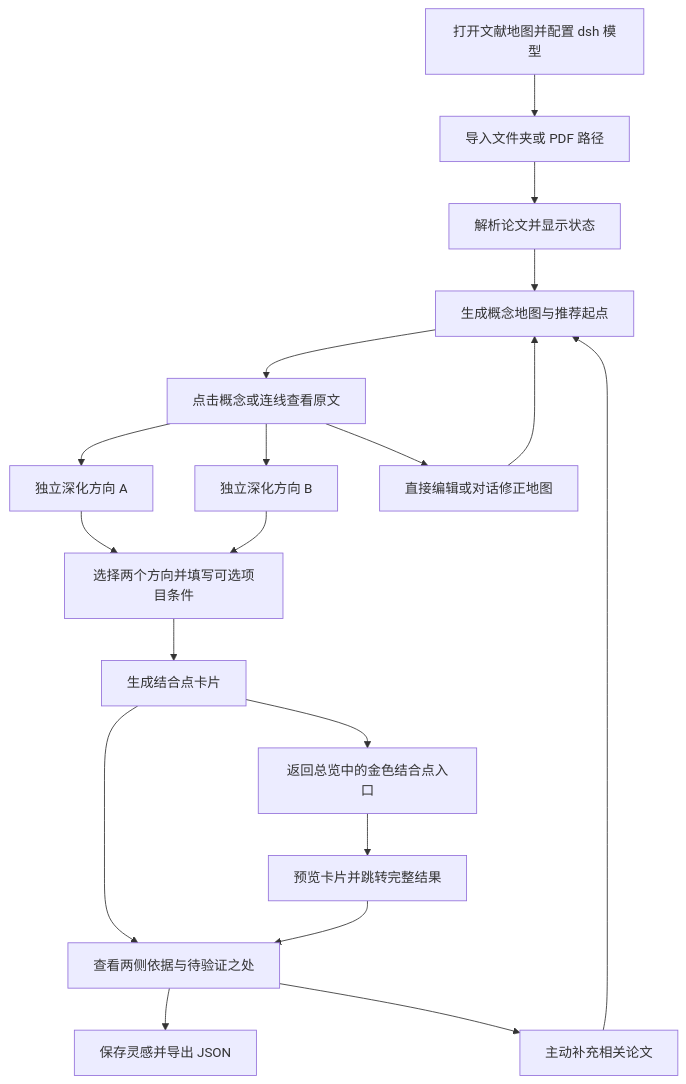
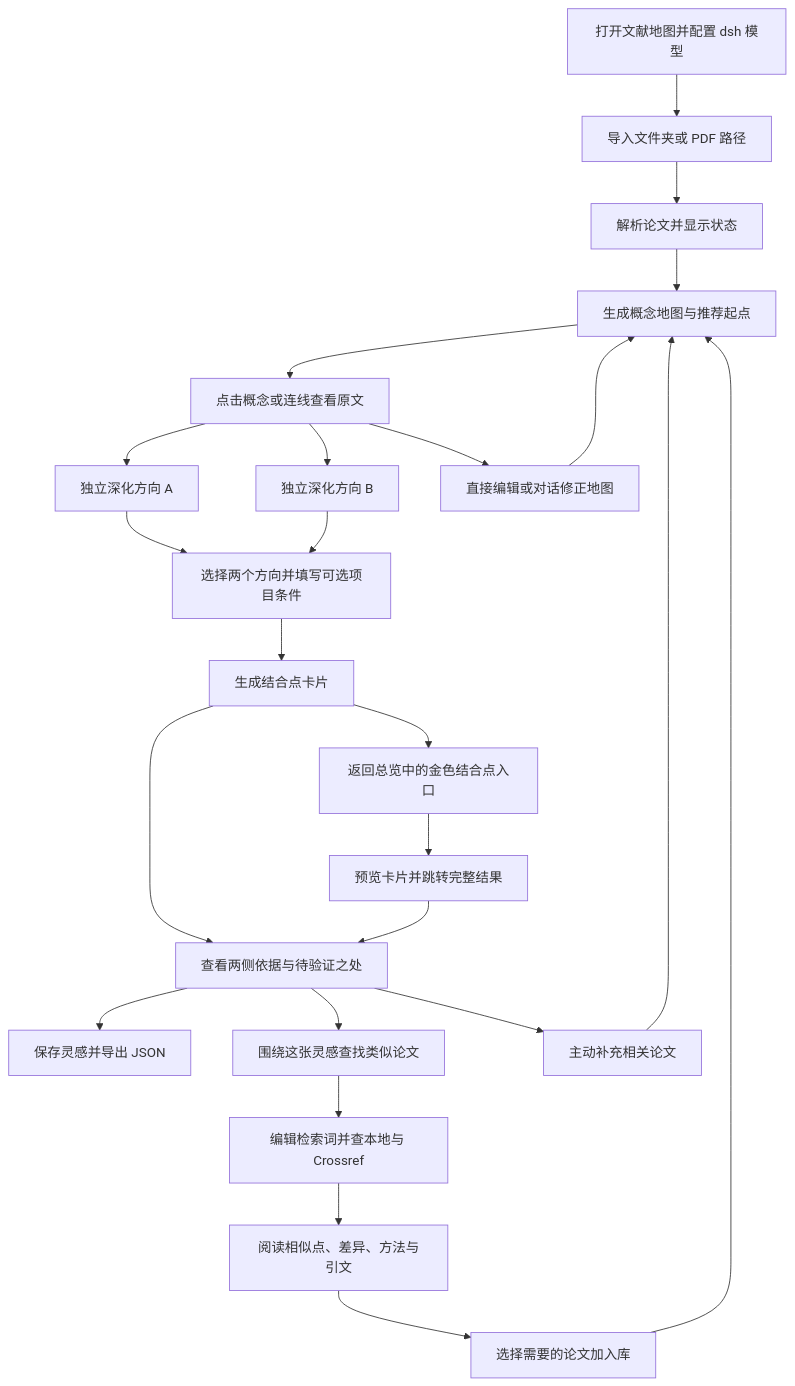
Before and after one commit to Qiiii1/literature-map-dsh-plugin: the diagram in docs/USER_FLOW.md, drawn with Mermaid. The commit also changed other lines of this file and 13 other files, not shown here.

````diff
--- a/docs/USER_FLOW.md
+++ b/docs/USER_FLOW.md
@@ -9,21 +9,26 @@
 ```mermaid
 flowchart TD
     A[打开文献地图并配置 dsh 模型] --> B[导入文件夹或 PDF 路径]
     B --> C[解析论文并显示状态]
     C --> D[生成概念地图与推荐起点]
     D --> E[点击概念或连线查看原文]
     E --> F[独立深化方向 A]
     E --> G[独立深化方向 B]
     F --> H[选择两个方向并填写可选项目条件]
     G --> H
     H --> I[生成结合点卡片]
     I --> J[查看两侧依据与待验证之处]
     I --> K[返回总览中的金色结合点入口]
     K --> L[预览卡片并跳转完整结果]
     L --> J
     J --> M[保存灵感并导出 JSON]
+    J --> P[围绕这张灵感查找类似论文]
+    P --> Q[编辑检索词并查本地与 Crossref]
+    Q --> R[阅读相似点、差异、方法与引文]
+    R --> S[选择需要的论文加入库]
+    S --> D
     E --> N[直接编辑或对话修正地图]
     N --> D
     J --> O[主动补充相关论文]
     O --> D
 ```
````
